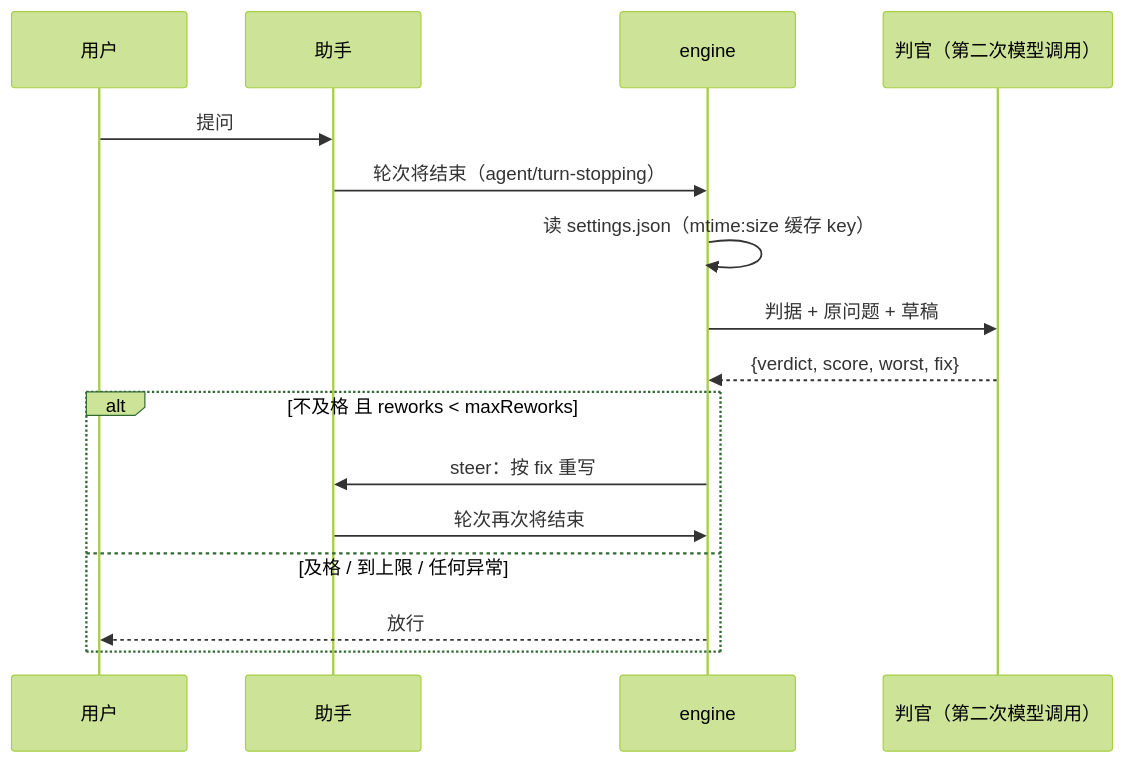
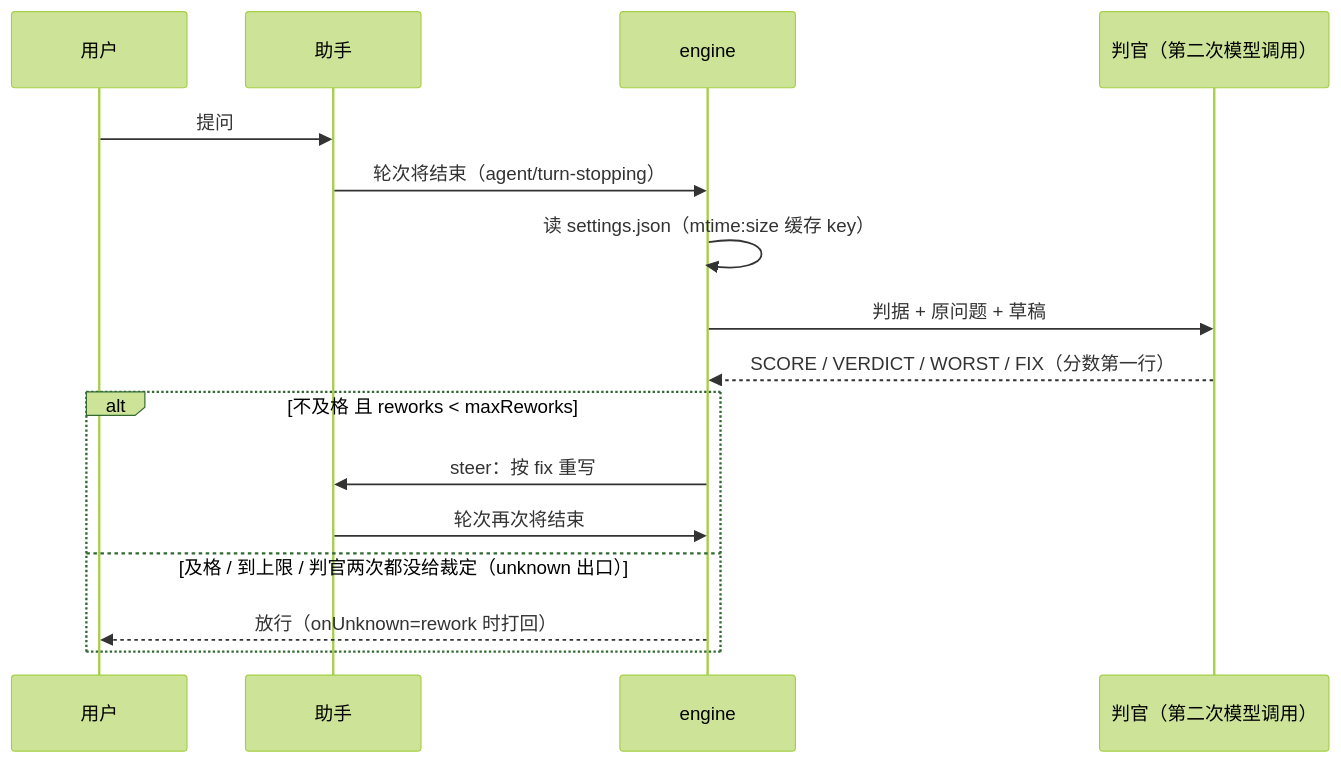
The diagram in README.md (wdj20050927/dsh-quality-guard), drawn with Mermaid (forest theme) before and after one commit. The commit also changed other lines of this file and 7 other files, not shown here.

````diff
--- a/README.md
+++ b/README.md
@@ -35,18 +35,18 @@
 ```mermaid
 sequenceDiagram
     participant U as 用户
     participant A as 助手
     participant E as engine
     participant J as 判官（第二次模型调用）
     U->>A: 提问
     A->>E: 轮次将结束（agent/turn-stopping）
     E->>E: 读 settings.json（mtime:size 缓存 key）
     E->>J: 判据 + 原问题 + 草稿
-    J-->>E: {verdict, score, worst, fix}
+    J-->>E: SCORE / VERDICT / WORST / FIX（分数第一行）
     alt 不及格 且 reworks < maxReworks
         E->>A: steer：按 fix 重写
         A->>E: 轮次再次将结束
-    else 及格 / 到上限 / 任何异常
-        E-->>U: 放行
+    else 及格 / 到上限 / 判官两次都没给裁定（unknown 出口）
+        E-->>U: 放行（onUnknown=rework 时打回）
     end
 ```
````
